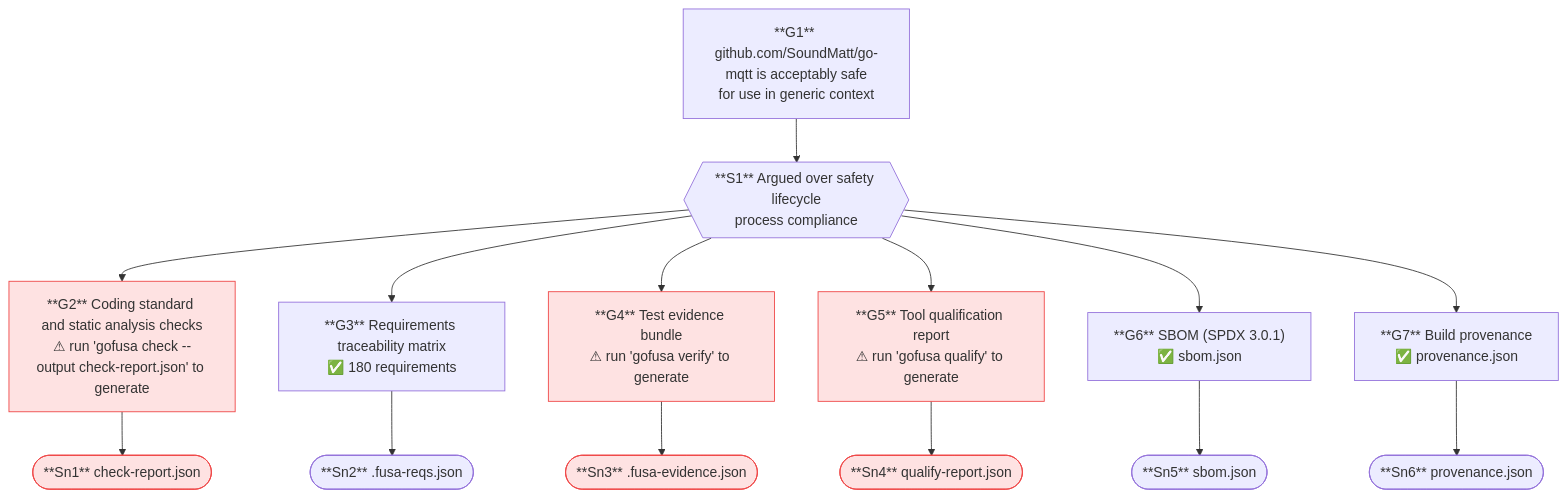
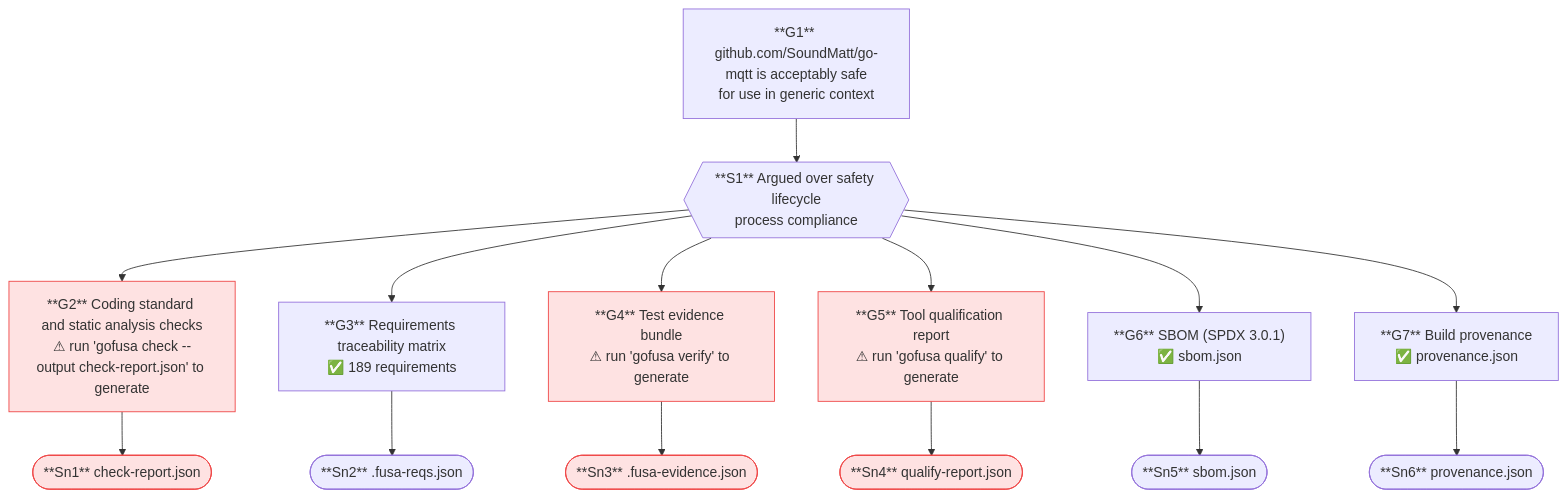
The diagram in safety-case.mermaid (SoundMatt/go-mqtt), drawn with Mermaid before and after one commit. The commit also changed 8 other files, not shown here.

```diff
--- a/safety-case.mermaid
+++ b/safety-case.mermaid
@@ -1,34 +1,34 @@
 flowchart TD
     G1["**G1** github.com/SoundMatt/go-mqtt is acceptably safe\nfor use in generic context"]
     S1{{"**S1** Argued over safety lifecycle\nprocess compliance"}}
     G2["**G2** Coding standard and static analysis checks\n⚠ run 'gofusa check --output check-report.json' to generate"]
     Sn1(["**Sn1** check-report.json"])
-    G3["**G3** Requirements traceability matrix\n✅ 180 requirements"]
+    G3["**G3** Requirements traceability matrix\n✅ 189 requirements"]
     Sn2(["**Sn2** .fusa-reqs.json"])
     G4["**G4** Test evidence bundle\n⚠ run 'gofusa verify' to generate"]
     Sn3(["**Sn3** .fusa-evidence.json"])
     G5["**G5** Tool qualification report\n⚠ run 'gofusa qualify' to generate"]
     Sn4(["**Sn4** qualify-report.json"])
     G6["**G6** SBOM (SPDX 3.0.1)\n✅ sbom.json"]
     Sn5(["**Sn5** sbom.json"])
     G7["**G7** Build provenance\n✅ provenance.json"]
     Sn6(["**Sn6** provenance.json"])
     G1 --> S1
     S1 --> G2
     S1 --> G3
     S1 --> G4
     S1 --> G5
     S1 --> G6
     S1 --> G7
     G2 --> Sn1
     G3 --> Sn2
     G4 --> Sn3
     G5 --> Sn4
     G6 --> Sn5
     G7 --> Sn6
     style G2 fill:#fee2e2,stroke:#ef4444
     style Sn1 fill:#fee2e2,stroke:#ef4444
     style G4 fill:#fee2e2,stroke:#ef4444
     style Sn3 fill:#fee2e2,stroke:#ef4444
     style G5 fill:#fee2e2,stroke:#ef4444
     style Sn4 fill:#fee2e2,stroke:#ef4444
```
